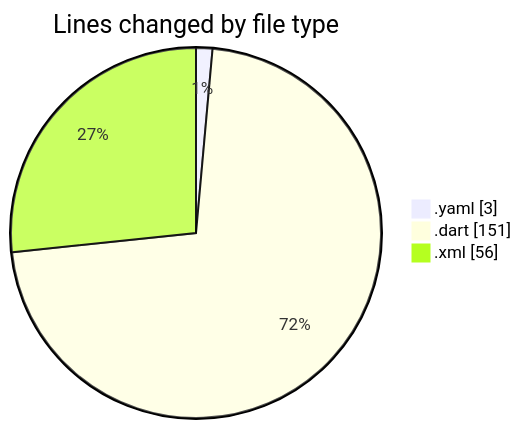
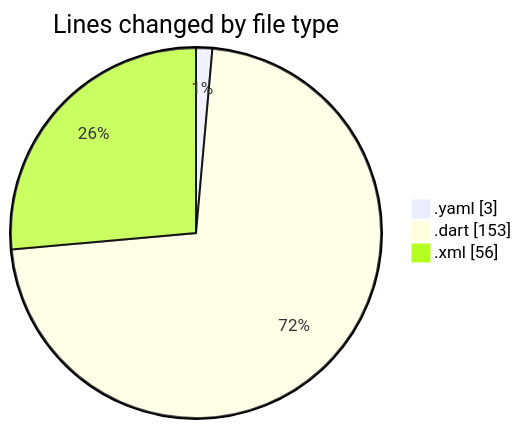
Before and after one commit to donsfak/code-tracking: the first of 2 diagrams in 2025-02-27/drivers_app/README.md, drawn with Mermaid. The commit also changed other lines of this file and 1 other file, not shown here.

````diff
--- a/2025-02-27/drivers_app/README.md
+++ b/2025-02-27/drivers_app/README.md
@@ -23,7 +23,7 @@
 ```mermaid
 pie showData
 title Lines changed by file type
 ".yaml" : 3
-".dart" : 151
+".dart" : 153
 ".xml" : 56
 ```
````
